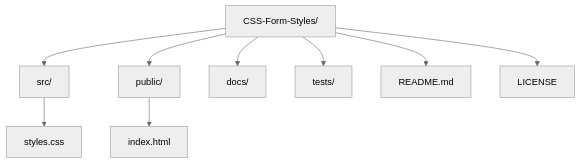
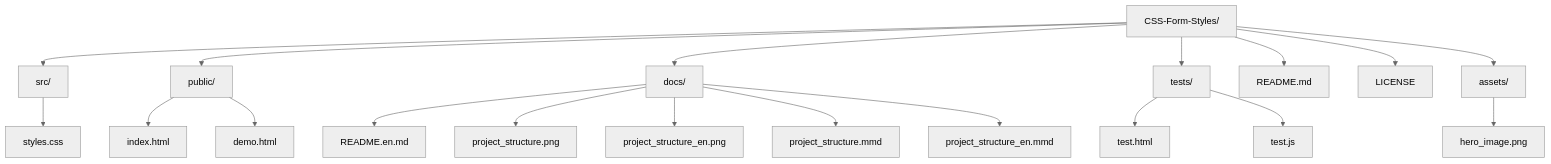
The diagram in docs/project_structure.mmd (galafis/CSS-Form-Styles), drawn with Mermaid (neutral theme) before and after one commit. The commit also changed 8 other files, not shown here.

```diff
--- a/docs/project_structure.mmd
+++ b/docs/project_structure.mmd
@@ -1,10 +1,20 @@
 graph TD
     A[CSS-Form-Styles/]
     A --> B[src/]
     B --> C[styles.css]
     A --> D[public/]
     D --> E[index.html]
+    D --> E2[demo.html]
     A --> F[docs/]
+    F --> F1[README.en.md]
+    F --> F2[project_structure.png]
+    F --> F3[project_structure_en.png]
+    F --> F4[project_structure.mmd]
+    F --> F5[project_structure_en.mmd]
     A --> G[tests/]
+    G --> G1[test.html]
+    G --> G2[test.js]
     A --> H[README.md]
     A --> I[LICENSE]
+    A --> J[assets/]
+    J --> J1[hero_image.png]
```
